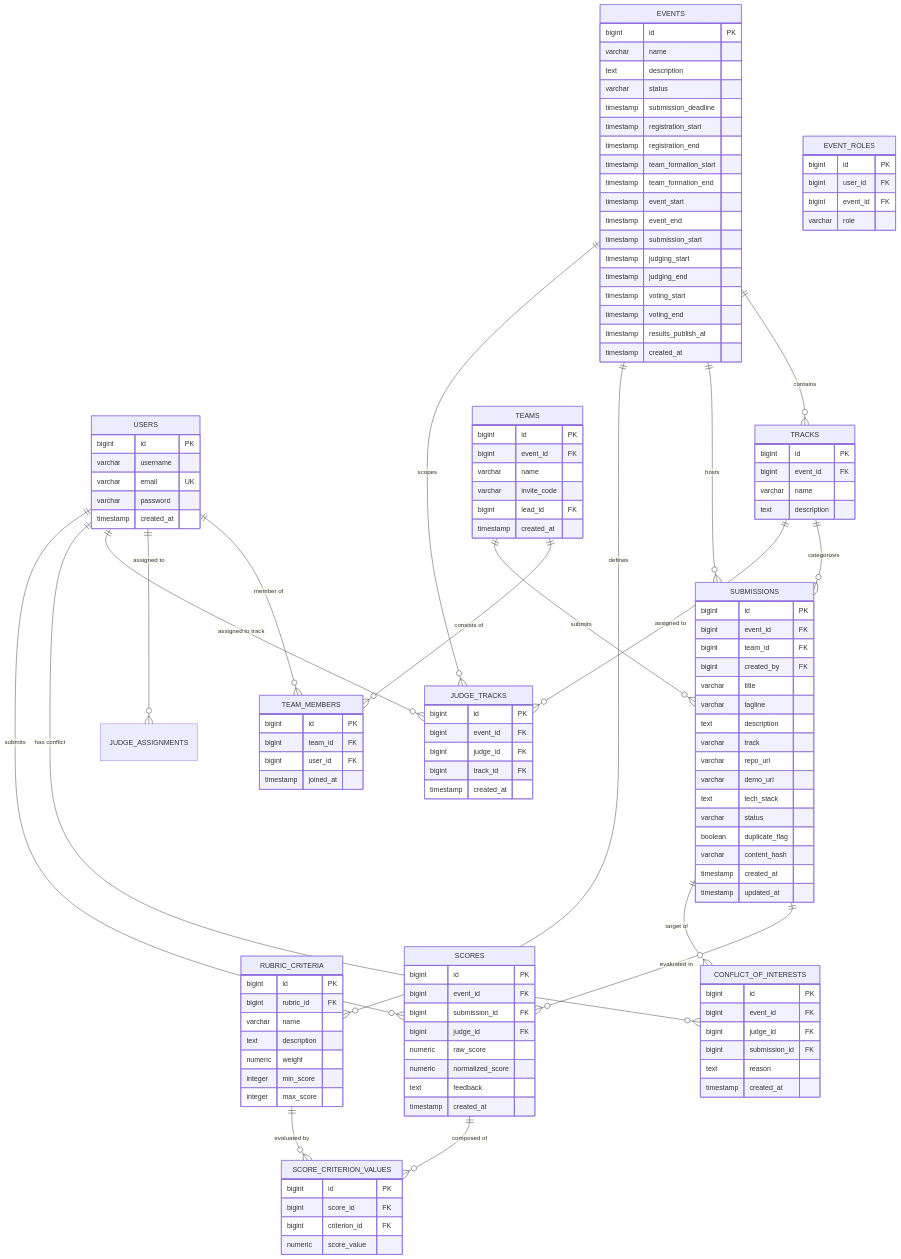
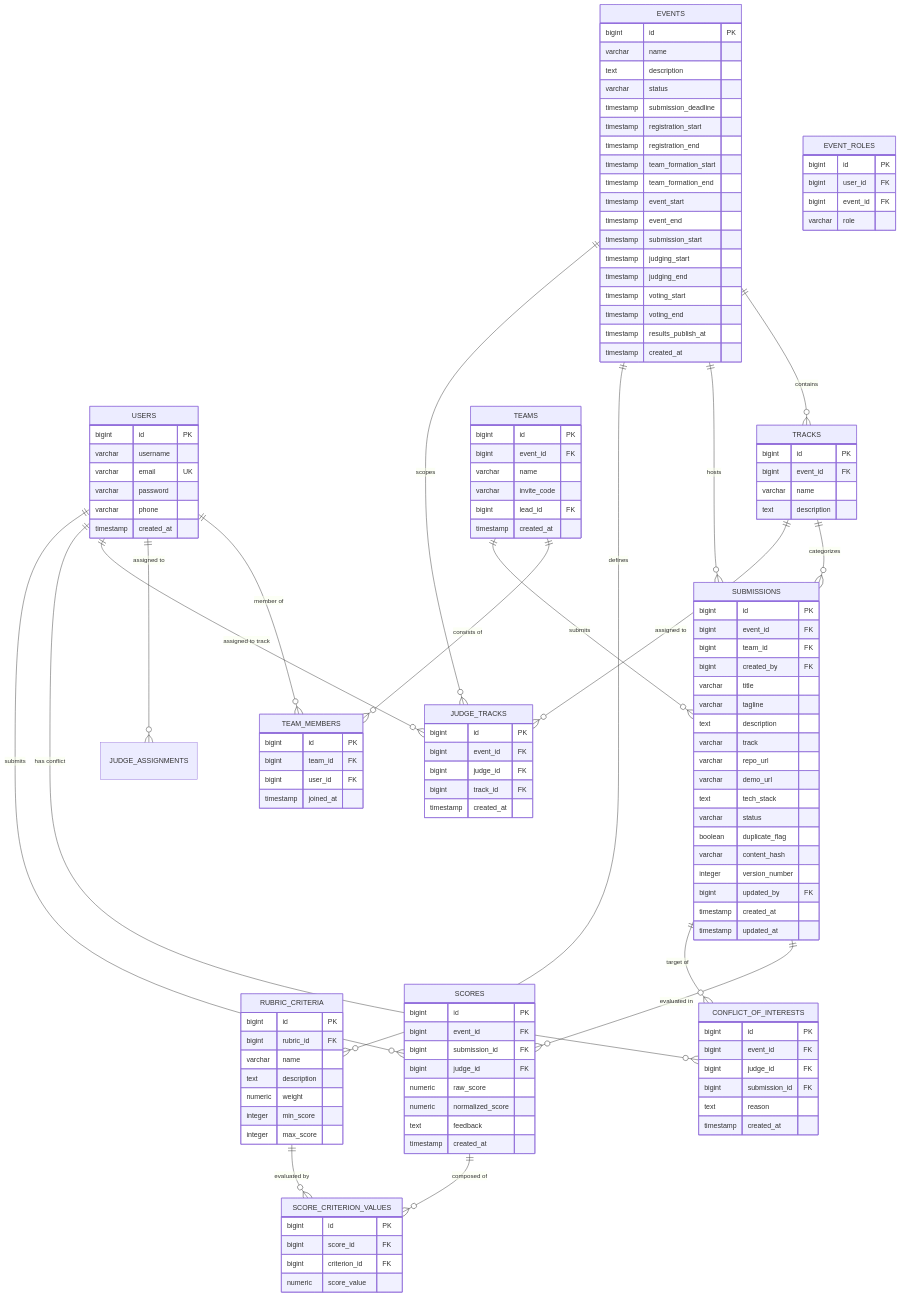
Before and after one commit to Gyantwik/DogFood: the diagram in DATA-MODEL.md, drawn with Mermaid. The commit also changed other lines of this file and 93 other files, not shown here.

```diff
--- a/DATA-MODEL.md
+++ b/DATA-MODEL.md
@@ -36,6 +36,7 @@
         varchar username
         varchar email UK
         varchar password
+        varchar phone
         timestamp created_at
     }
 
@@ -113,6 +114,8 @@
         varchar status
         boolean duplicate_flag
         varchar content_hash
+        integer version_number
+        bigint updated_by FK
         timestamp created_at
         timestamp updated_at
     }
```
